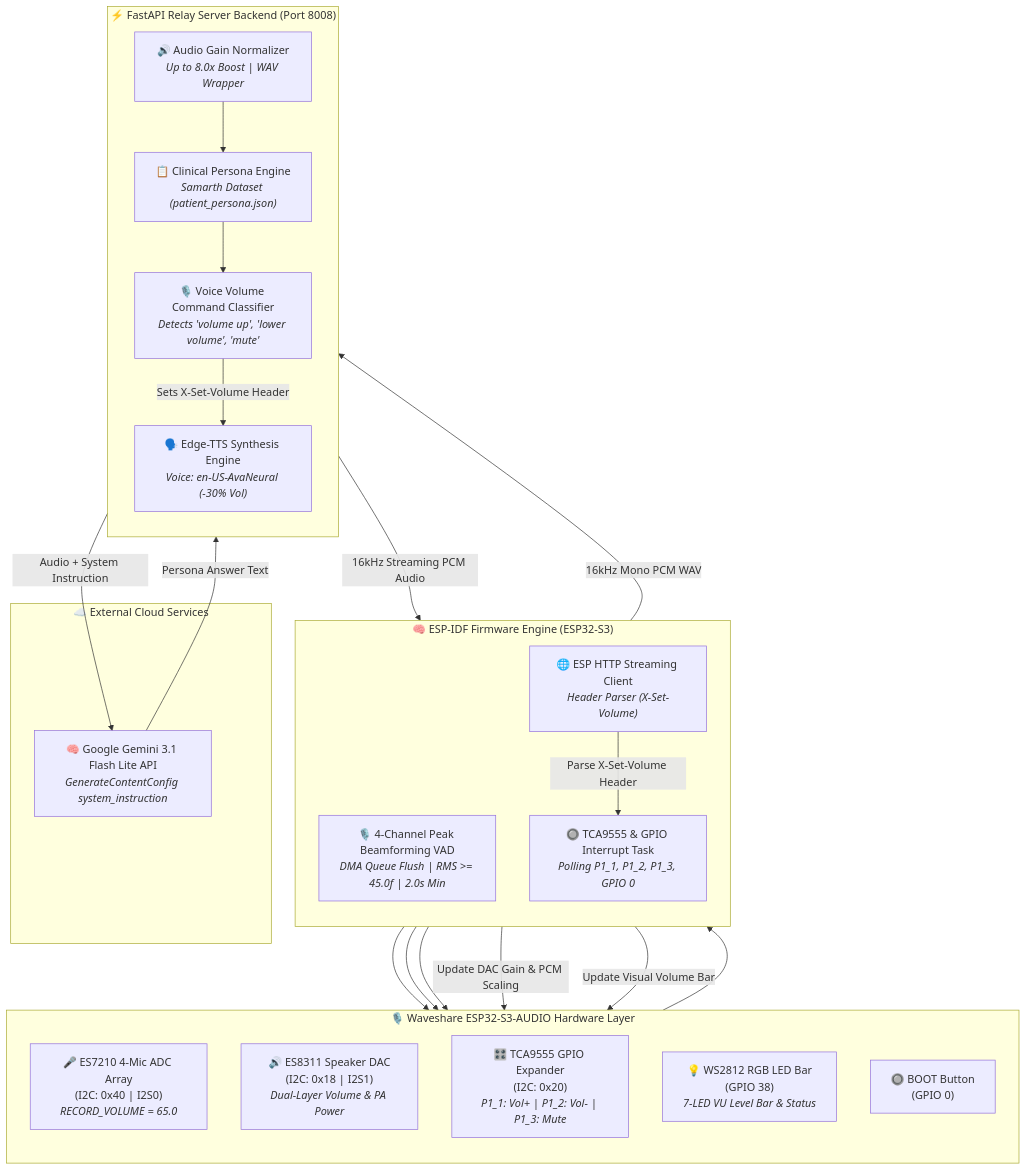
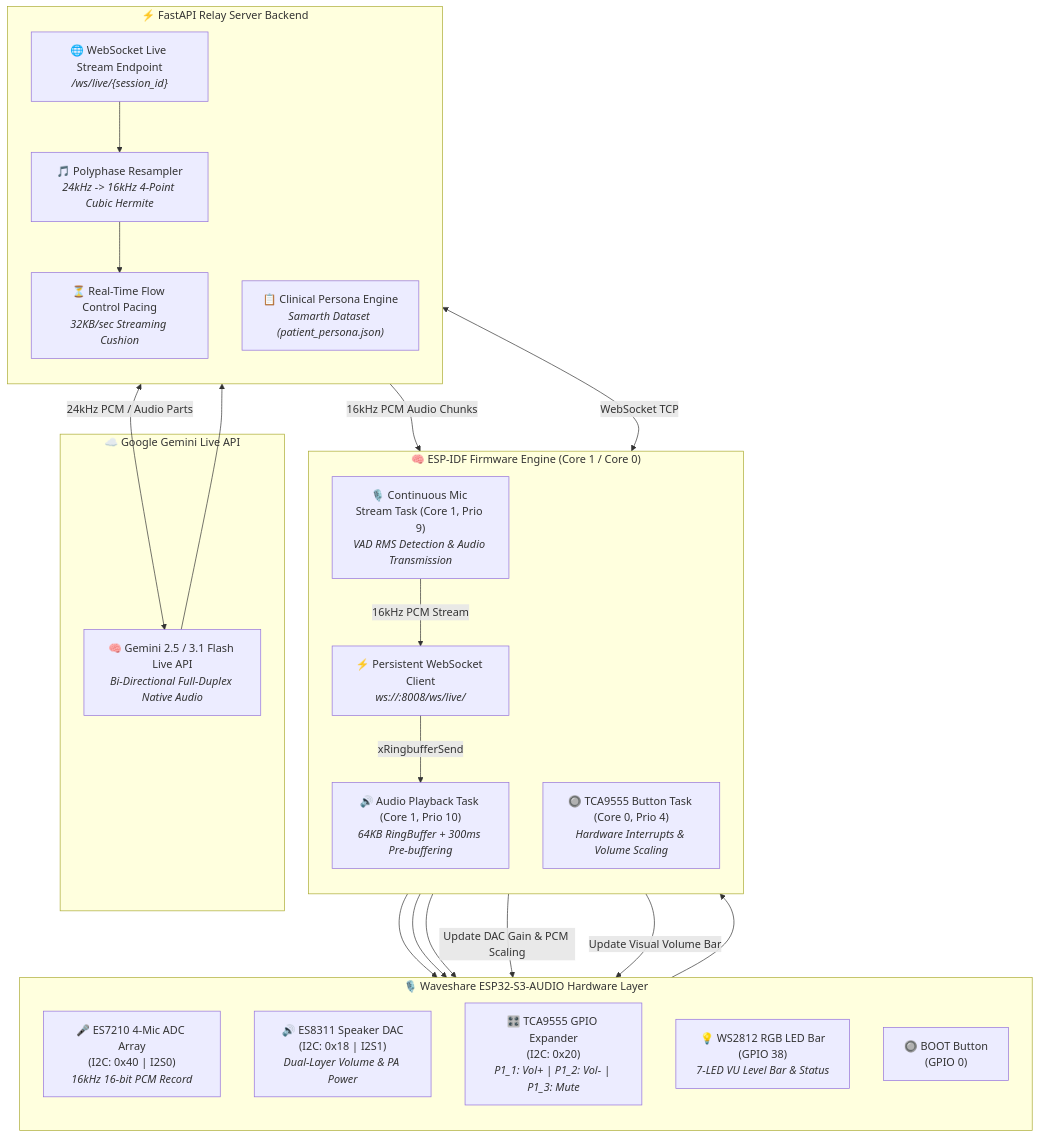
The diagram in README.md (gupta-tanvi-tft/ESP32-S3-with-Gemini-and-custom-persona), drawn with Mermaid before and after one commit. The commit also changed other lines of this file, not shown here.

Commit message:
docs(readme): update README with Gemini Live WebSocket architecture and optimization specs

````diff
--- a/README.md
+++ b/README.md
@@ -36,47 +39,48 @@
 ```mermaid
 graph TB
     subgraph HW["🎙️ Waveshare ESP32-S3-AUDIO Hardware Layer"]
         direction TB
-        MIC["🎤 ES7210 4-Mic ADC Array<br/>(I2C: 0x40 | I2S0)<br/><i>RECORD_VOLUME = 65.0</i>"]
+        MIC["🎤 ES7210 4-Mic ADC Array<br/>(I2C: 0x40 | I2S0)<br/><i>16kHz 16-bit PCM Record</i>"]
         SPK["🔊 ES8311 Speaker DAC<br/>(I2C: 0x18 | I2S1)<br/><i>Dual-Layer Volume & PA Power</i>"]
         EXP["🎛️ TCA9555 GPIO Expander<br/>(I2C: 0x20)<br/><i>P1_1: Vol+ | P1_2: Vol- | P1_3: Mute</i>"]
         LED["💡 WS2812 RGB LED Bar<br/>(GPIO 38)<br/><i>7-LED VU Level Bar & Status</i>"]
         BOOT["🔘 BOOT Button<br/>(GPIO 0)"]
     end
 
-    subgraph FW["🧠 ESP-IDF Firmware Engine (ESP32-S3)"]
+    subgraph FW["🧠 ESP-IDF Firmware Engine (Core 1 / Core 0)"]
         direction TB
-        VAD["🎙️ 4-Channel Peak Beamforming VAD<br/><i>DMA Queue Flush | RMS >= 45.0f | 2.0s Min</i>"]
-        TASK_BTN["🔘 TCA9555 & GPIO Interrupt Task<br/><i>Polling P1_1, P1_2, P1_3, GPIO 0</i>"]
-        HTTP_CLIENT["🌐 ESP HTTP Streaming Client<br/><i>Header Parser (X-Set-Volume)</i>"]
+        VAD["🎙️ Continuous Mic Stream Task (Core 1, Prio 9)<br/><i>VAD RMS Detection & Audio Transmission</i>"]
+        PLAY_TASK["🔊 Audio Playback Task (Core 1, Prio 10)<br/><i>64KB RingBuffer + 300ms Pre-buffering</i>"]
+        WS_CLIENT["⚡ Persistent WebSocket Client<br/><i>ws://<SERVER_IP>:8008/ws/live/<session_id></i>"]
+        TASK_BTN["🔘 TCA9555 Button Task (Core 0, Prio 4)<br/><i>Hardware Interrupts & Volume Scaling</i>"]
     end
 
-    subgraph BE["⚡ FastAPI Relay Server Backend (Port 8008)"]
+    subgraph BE["⚡ FastAPI Relay Server Backend"]
         direction TB
-        PROC["🔊 Audio Gain Normalizer<br/><i>Up to 8.0x Boost | WAV Wrapper</i>"]
+        WS_END["🌐 WebSocket Live Stream Endpoint<br/><i>/ws/live/{session_id}</i>"]
+        RESAMPLER["🎵 Polyphase Resampler<br/><i>24kHz -> 16kHz 4-Point Cubic Hermite</i>"]
+        FLOW["⏳ Real-Time Flow Control Pacing<br/><i>32KB/sec Streaming Cushion</i>"]
         PROMPT["📋 Clinical Persona Engine<br/><i>Samarth Dataset (patient_persona.json)</i>"]
-        TTS["🗣️ Edge-TTS Synthesis Engine<br/><i>Voice: en-US-AvaNeural (-30% Vol)</i>"]
-        INTENT["🎙️ Voice Volume Command Classifier<br/><i>Detects 'volume up', 'lower volume', 'mute'</i>"]
     end
 
-    subgraph CLOUD["☁️ External Cloud Services"]
-        GEMINI["🧠 Google Gemini 3.1 Flash Lite API<br/><i>GenerateContentConfig system_instruction</i>"]
+    subgraph CLOUD["☁️ Google Gemini Live API"]
+        GEMINI["🧠 Gemini 2.5 / 3.1 Flash Live API<br/><i>Bi-Directional Full-Duplex Native Audio</i>"]
     end
 
-    %% Flow connections
+    %% Connections
     MIC --> VAD
-    VAD -->|"16kHz Mono PCM WAV"| PROC
-    PROC --> PROMPT
-    PROMPT -->|"Audio + System Instruction"| GEMINI
-    GEMINI -->|"Persona Answer Text"| TTS
-    PROMPT --> INTENT
-    INTENT -->|"Sets X-Set-Volume Header"| TTS
-    TTS -->|"16kHz Streaming PCM Audio"| HTTP_CLIENT
-    HTTP_CLIENT --> SPK
+    VAD -->|"16kHz PCM Stream"| WS_CLIENT
+    WS_CLIENT <-->|"WebSocket TCP"| WS_END
+    WS_END <-->|"24kHz PCM / Audio Parts"| GEMINI
+    GEMINI --> PROMPT
+    WS_END --> RESAMPLER
+    RESAMPLER --> FLOW
+    FLOW -->|"16kHz PCM Audio Chunks"| WS_CLIENT
+    WS_CLIENT -->|"xRingbufferSend"| PLAY_TASK
+    PLAY_TASK --> SPK
     
     TASK_BTN --> EXP
     TASK_BTN --> BOOT
     TASK_BTN -->|"Update DAC Gain & PCM Scaling"| SPK
     TASK_BTN -->|"Update Visual Volume Bar"| LED
-    HTTP_CLIENT -->|"Parse X-Set-Volume Header"| TASK_BTN
 ```
````
